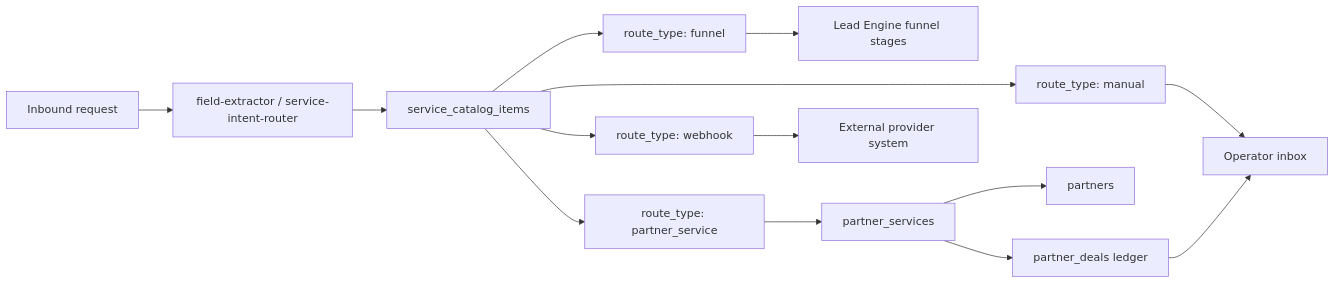
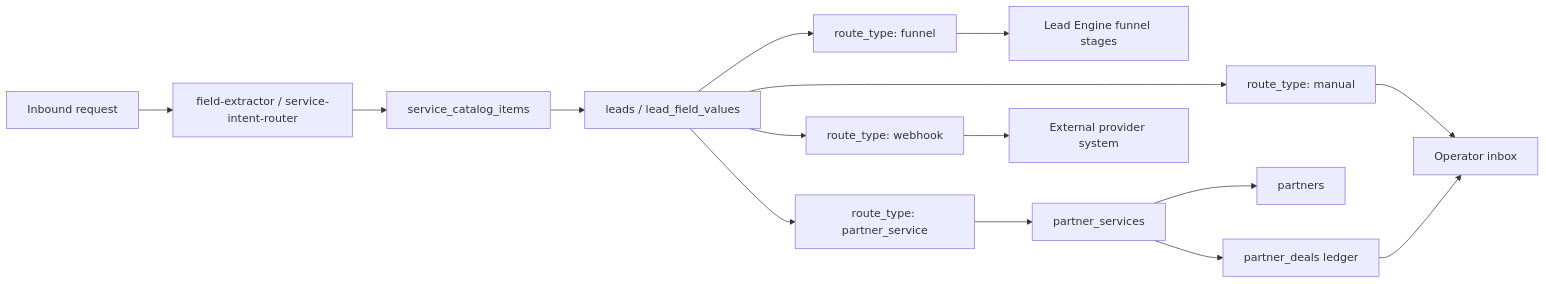
One commit to chatman-media/lead-engine changed the fourth of 4 diagrams in docs/engineering/ARCHITECTURE.md. Above: the diagram before and after it, drawn with Mermaid. The commit also changed other lines of this file and 10 other files, not shown here.

````diff
--- a/docs/engineering/ARCHITECTURE.md
+++ b/docs/engineering/ARCHITECTURE.md
@@ -555,26 +565,27 @@
 ```mermaid
 flowchart LR
   inbound["Inbound request"]
   extractor["field-extractor / service-intent-router"]
   item["service_catalog_items"]
+  lead["leads / lead_field_values"]
 
   funnel["route_type: funnel"]
   partnerService["route_type: partner_service"]
   webhook["route_type: webhook"]
   manual["route_type: manual"]
 
   funnelRuntime["Lead Engine funnel stages"]
   partner["partners"]
   service["partner_services"]
   deal["partner_deals ledger"]
   external["External provider system"]
   operator["Operator inbox"]
 
-  inbound --> extractor --> item
-  item --> funnel --> funnelRuntime
-  item --> partnerService --> service --> partner
+  inbound --> extractor --> item --> lead
+  lead --> funnel --> funnelRuntime
+  lead --> partnerService --> service --> partner
   service --> deal
-  item --> webhook --> external
-  item --> manual --> operator
+  lead --> webhook --> external
+  lead --> manual --> operator
   deal --> operator
 ```
````
